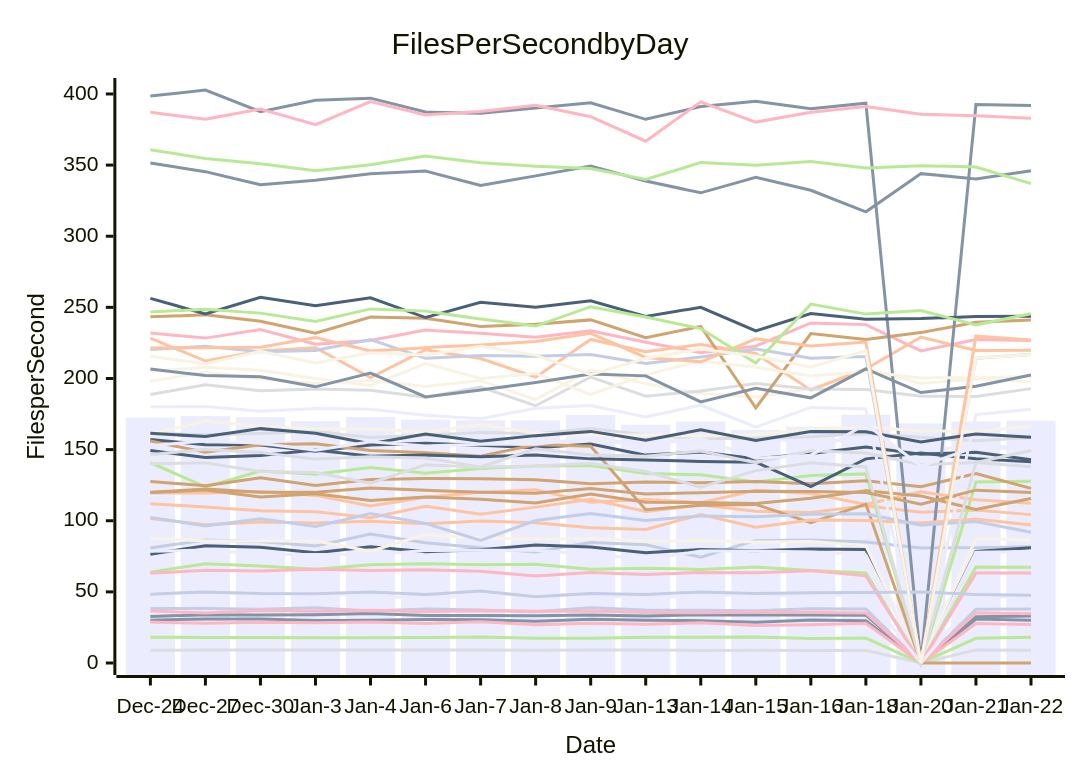
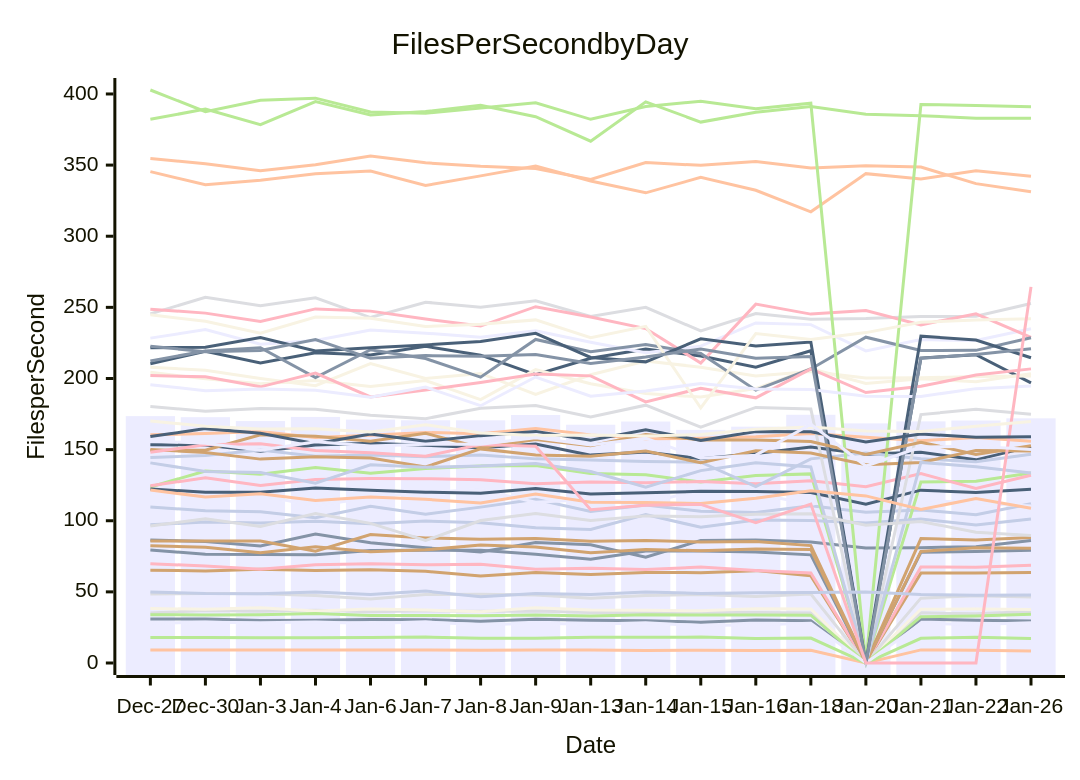
Before and after one commit to streetsidesoftware/cspell: the diagram in perf-report.md, drawn with Mermaid. The commit also changed other lines of this file and 1 other file, not shown here.

````diff
--- a/perf-report.md
+++ b/perf-report.md
@@ -10,57 +10,57 @@
 ```mermaid
 xychart-beta
     title Files Per Second by Day
     y-axis Files per Second
-    x-axis Date [Dec-24, Dec-27, Dec-30, Jan-3, Jan-4, Jan-6, Jan-7, Jan-8, Jan-9, Jan-13, Jan-14, Jan-15, Jan-16, Jan-18, Jan-20, Jan-21, Jan-22]
-    bar [172.48, 173.54, 172.79, 170.07, 172.98, 171.06, 170.63, 170.60, 174.36, 167.48, 169.75, 163.88, 166.13, 174.50, 168.43, 169.86, 170.44]
-    line [30.04, 30.99, 30.88, 29.79, 30.12, 30.58, 30.44, 29.43, 30.82, 30.13, 29.74, 28.69, 30.19, 29.74, 0.00, 30.87, 30.00]
-    line [111.88, 109.68, 107.07, 106.25, 102.14, 110.16, 104.65, 109.58, 115.11, 106.48, 111.07, 106.70, 105.83, 110.59, 105.90, 107.50, 104.30]
-    line [8.90, 9.07, 9.12, 9.16, 9.11, 9.12, 9.14, 8.90, 9.21, 9.09, 8.82, 8.93, 8.76, 8.99, 0.00, 9.21, 8.99]
-    line [140.89, 123.76, 134.99, 132.64, 137.41, 133.47, 136.71, 138.45, 138.88, 133.26, 132.31, 127.23, 131.76, 132.93, 0.00, 127.27, 127.81]
-    line [127.54, 124.61, 130.19, 124.72, 128.97, 129.63, 129.57, 128.75, 125.98, 127.26, 126.67, 127.57, 126.01, 128.09, 123.93, 133.11, 122.76]
-    line [80.81, 86.47, 85.34, 82.22, 90.61, 84.54, 80.98, 78.06, 84.72, 83.13, 74.36, 86.16, 86.38, 84.98, 80.87, 81.08, 81.74]
-    line [231.90, 228.38, 234.40, 224.05, 226.75, 234.01, 231.87, 229.00, 233.60, 225.53, 218.14, 222.73, 239.07, 237.86, 219.38, 227.33, 226.70]
-    line [76.44, 82.43, 81.41, 77.52, 81.68, 78.20, 79.53, 83.01, 81.62, 77.54, 79.76, 78.94, 80.05, 79.79, 0.00, 78.41, 81.03]
-    line [198.12, 204.40, 199.78, 196.30, 198.61, 194.45, 198.60, 185.12, 206.27, 196.30, 189.40, 186.97, 192.92, 206.92, 196.43, 199.84, 197.78]
-    line [158.26, 149.38, 149.63, 160.44, 159.38, 155.94, 161.49, 151.30, 157.09, 152.68, 160.69, 156.79, 156.81, 155.73, 146.52, 155.23, 146.60]
-    line [32.69, 33.95, 33.78, 33.96, 34.86, 33.41, 33.47, 33.19, 33.82, 33.01, 34.00, 33.70, 33.67, 33.62, 0.00, 32.53, 32.97]
-    line [228.39, 212.27, 219.38, 221.60, 200.66, 220.18, 213.99, 200.90, 227.46, 218.81, 223.94, 217.59, 191.78, 206.70, 229.01, 219.68, 219.77]
-    line [188.75, 195.62, 191.45, 192.64, 191.68, 186.85, 193.93, 180.85, 201.04, 187.54, 191.28, 196.46, 192.64, 192.25, 187.45, 187.38, 192.87]
-    line [18.08, 17.97, 17.93, 17.83, 17.83, 17.89, 18.19, 17.48, 17.44, 18.04, 18.04, 18.22, 17.23, 17.55, 0.00, 17.39, 18.17]
-    line [243.32, 244.74, 240.28, 231.82, 243.15, 242.35, 236.52, 238.12, 241.19, 228.64, 236.61, 179.24, 231.58, 227.41, 232.25, 239.53, 241.09]
-    line [38.32, 38.26, 37.85, 38.77, 36.54, 38.02, 37.20, 35.97, 38.77, 37.19, 37.15, 36.65, 38.13, 37.95, 0.00, 37.76, 37.89]
-    line [36.55, 35.09, 36.98, 36.38, 37.08, 36.07, 36.65, 36.34, 36.49, 35.46, 35.24, 35.59, 35.58, 35.07, 0.00, 35.24, 34.68]
-    line [157.19, 153.46, 153.21, 148.91, 153.20, 154.41, 153.05, 151.33, 153.98, 146.13, 148.32, 143.55, 147.19, 151.83, 146.83, 148.17, 142.81]
-    line [87.76, 85.72, 85.81, 85.78, 78.64, 90.27, 87.90, 87.06, 87.60, 85.54, 86.15, 85.12, 85.43, 82.51, 0.00, 87.43, 86.48]
-    line [78.49, 79.44, 76.50, 76.34, 76.08, 79.03, 79.23, 79.24, 76.50, 72.97, 78.65, 78.72, 77.98, 76.03, 0.00, 77.82, 78.41]
-    line [398.52, 402.79, 387.60, 395.60, 397.05, 387.31, 386.47, 390.16, 393.74, 382.18, 391.17, 394.86, 389.55, 393.53, 0.00, 392.61, 391.87]
-    line [119.60, 119.43, 120.64, 117.82, 110.33, 116.53, 120.08, 121.77, 112.94, 114.87, 112.73, 121.37, 119.21, 111.41, 120.28, 114.69, 112.28]
-    line [161.55, 160.38, 161.25, 162.72, 158.59, 160.02, 162.06, 161.10, 164.91, 160.36, 157.59, 157.97, 159.04, 161.40, 158.69, 156.26, 158.43]
-    line [63.78, 69.83, 68.15, 65.99, 69.11, 69.77, 69.09, 69.36, 65.84, 66.66, 65.78, 67.40, 65.04, 63.23, 0.00, 67.48, 67.27]
-    line [155.99, 148.15, 153.37, 154.17, 149.42, 147.86, 145.38, 153.63, 152.37, 107.78, 110.93, 111.50, 98.69, 111.74, 0.00, 0.00, 0.00]
-    line [220.33, 222.69, 218.79, 219.63, 227.40, 214.16, 216.11, 215.58, 216.92, 210.61, 215.07, 220.69, 214.26, 215.48, 0.00, 214.23, 216.83]
-    line [63.01, 65.26, 64.66, 65.89, 65.11, 65.47, 64.47, 61.13, 63.67, 62.15, 63.63, 63.52, 64.93, 61.26, 0.00, 63.19, 63.24]
-    line [149.32, 144.39, 145.93, 149.70, 145.36, 146.19, 145.02, 146.18, 143.49, 142.76, 141.64, 141.15, 123.99, 143.49, 147.59, 143.59, 141.42]
-    line [204.86, 207.97, 205.76, 199.93, 194.96, 210.48, 200.08, 203.53, 188.73, 202.65, 212.27, 207.96, 201.68, 204.97, 200.41, 200.50, 201.35]
-    line [180.06, 180.25, 176.99, 178.92, 178.38, 174.22, 171.75, 179.11, 181.04, 172.87, 181.24, 165.83, 179.67, 178.49, 0.00, 174.64, 178.29]
-    line [351.53, 345.39, 336.17, 339.40, 343.93, 345.83, 335.66, 342.43, 349.42, 338.80, 330.51, 341.37, 332.29, 317.17, 344.00, 340.27, 346.07]
-    line [101.53, 97.16, 99.08, 98.33, 99.60, 97.96, 99.84, 98.62, 95.10, 93.83, 104.36, 95.41, 100.49, 100.17, 98.43, 101.26, 97.05]
-    line [146.50, 150.10, 148.04, 143.32, 145.06, 144.14, 137.83, 150.50, 146.15, 145.30, 149.05, 140.78, 149.26, 147.65, 139.36, 140.95, 149.41]
-    line [360.81, 354.60, 350.95, 345.98, 350.21, 356.35, 351.62, 349.11, 347.65, 339.94, 351.75, 349.84, 352.46, 347.95, 349.61, 348.67, 336.98]
-    line [119.82, 121.66, 116.64, 119.03, 114.16, 116.74, 115.06, 112.51, 118.83, 112.95, 112.89, 112.17, 115.75, 121.13, 117.45, 107.89, 115.63]
-    line [102.33, 96.35, 101.39, 95.92, 105.11, 98.16, 86.10, 100.14, 105.08, 100.22, 103.42, 102.77, 104.55, 104.84, 96.90, 99.42, 91.88]
-    line [28.77, 27.94, 28.71, 28.29, 28.89, 27.76, 28.93, 26.82, 27.98, 27.25, 28.25, 26.29, 26.94, 27.92, 0.00, 27.74, 27.10]
-    line [256.30, 245.45, 257.10, 251.12, 256.72, 242.84, 253.62, 250.11, 254.55, 243.64, 250.04, 233.42, 245.62, 241.64, 242.10, 243.52, 243.78]
-    line [160.97, 170.04, 166.42, 164.47, 164.70, 162.35, 167.49, 161.75, 159.91, 160.33, 159.51, 160.62, 164.27, 165.83, 163.17, 162.82, 166.39]
-    line [49.98, 48.46, 48.82, 48.74, 47.38, 44.97, 48.20, 48.28, 47.88, 45.48, 47.52, 48.15, 46.82, 48.44, 0.00, 45.59, 47.24]
-    line [206.68, 202.06, 201.20, 194.13, 203.79, 186.99, 191.85, 197.16, 203.10, 201.84, 183.49, 193.18, 186.41, 206.76, 190.09, 194.48, 202.39]
-    line [221.39, 221.64, 222.00, 228.77, 219.30, 221.68, 223.62, 226.04, 231.74, 214.77, 211.68, 227.93, 222.84, 225.57, 0.00, 229.76, 226.99]
-    line [140.01, 140.67, 134.58, 133.84, 126.46, 139.31, 137.59, 138.48, 140.31, 134.58, 123.64, 135.23, 140.79, 137.86, 0.00, 141.02, 138.02]
-    line [246.70, 248.73, 245.95, 240.13, 248.92, 247.35, 241.85, 236.85, 250.47, 243.18, 235.07, 210.91, 252.26, 245.25, 247.79, 237.71, 245.48]
-    line [119.98, 122.26, 120.11, 120.07, 122.96, 121.36, 120.04, 119.36, 122.67, 118.82, 119.70, 120.72, 120.60, 119.83, 111.61, 121.49, 119.94]
-    line [48.41, 49.94, 48.88, 48.70, 49.88, 48.16, 50.54, 46.59, 48.81, 48.15, 49.96, 48.86, 49.35, 49.61, 49.98, 48.14, 47.57]
-    line [387.10, 382.18, 389.40, 378.43, 394.66, 385.25, 387.67, 392.05, 384.01, 366.78, 394.48, 380.24, 387.08, 391.19, 385.76, 384.74, 382.99]
-    line [161.47, 159.18, 164.75, 161.43, 154.09, 160.97, 155.89, 159.83, 162.81, 156.59, 163.92, 156.50, 162.70, 162.52, 155.39, 161.05, 158.62]
-    line [215.56, 210.39, 219.17, 210.98, 218.13, 216.47, 222.63, 216.37, 202.60, 214.18, 220.74, 215.80, 207.87, 219.52, 0.00, 214.36, 216.75]
-    line [152.82, 156.10, 154.49, 149.59, 155.51, 152.61, 153.69, 153.81, 158.28, 153.24, 158.05, 143.97, 146.11, 167.84, 138.47, 151.83, 152.31]
+    x-axis Date [Dec-27, Dec-30, Jan-3, Jan-4, Jan-6, Jan-7, Jan-8, Jan-9, Jan-13, Jan-14, Jan-15, Jan-16, Jan-18, Jan-20, Jan-21, Jan-22, Jan-26]
+    bar [173.54, 172.79, 170.07, 172.98, 171.06, 170.63, 170.60, 174.36, 167.48, 169.75, 163.88, 166.13, 174.50, 168.43, 169.86, 170.44, 172.00]
+    line [30.99, 30.88, 29.79, 30.12, 30.58, 30.44, 29.43, 30.82, 30.13, 29.74, 28.69, 30.19, 29.74, 0.00, 30.87, 30.00, 29.53]
+    line [9.07, 9.12, 9.16, 9.11, 9.12, 9.14, 8.90, 9.21, 9.09, 8.82, 8.93, 8.76, 8.99, 0.00, 9.21, 8.99, 8.47]
+    line [35.09, 36.98, 36.38, 37.08, 36.07, 36.65, 36.34, 36.49, 35.46, 35.24, 35.59, 35.58, 35.07, 0.00, 35.24, 34.68, 36.17]
+    line [17.97, 17.93, 17.83, 17.83, 17.89, 18.19, 17.48, 17.44, 18.04, 18.04, 18.22, 17.23, 17.55, 0.00, 17.39, 18.17, 17.19]
+    line [65.26, 64.66, 65.89, 65.11, 65.47, 64.47, 61.13, 63.67, 62.15, 63.63, 63.52, 64.93, 61.26, 0.00, 63.19, 63.24, 63.60]
+    line [109.68, 107.07, 106.25, 102.14, 110.16, 104.65, 109.58, 115.11, 106.48, 111.07, 106.70, 105.83, 110.59, 105.90, 107.50, 104.30, 111.97]
+    line [69.83, 68.15, 65.99, 69.11, 69.77, 69.09, 69.36, 65.84, 66.66, 65.78, 67.40, 65.04, 63.23, 0.00, 67.48, 67.27, 68.63]
+    line [153.46, 153.21, 148.91, 153.20, 154.41, 153.05, 151.33, 153.98, 146.13, 148.32, 143.55, 147.19, 151.83, 146.83, 148.17, 142.81, 152.11]
+    line [38.26, 37.85, 38.77, 36.54, 38.02, 37.20, 35.97, 38.77, 37.19, 37.15, 36.65, 38.13, 37.95, 0.00, 37.76, 37.89, 37.66]
+    line [119.43, 120.64, 117.82, 110.33, 116.53, 120.08, 121.77, 112.94, 114.87, 112.73, 121.37, 119.21, 111.41, 120.28, 114.69, 112.28, 110.39]
+    line [86.47, 85.34, 82.22, 90.61, 84.54, 80.98, 78.06, 84.72, 83.13, 74.36, 86.16, 86.38, 84.98, 80.87, 81.08, 81.74, 86.09]
+    line [345.39, 336.17, 339.40, 343.93, 345.83, 335.66, 342.43, 349.42, 338.80, 330.51, 341.37, 332.29, 317.17, 344.00, 340.27, 346.07, 342.21]
+    line [245.45, 257.10, 251.12, 256.72, 242.84, 253.62, 250.11, 254.55, 243.64, 250.04, 233.42, 245.62, 241.64, 242.10, 243.52, 243.78, 252.72]
+    line [123.76, 134.99, 132.64, 137.41, 133.47, 136.71, 138.45, 138.88, 133.26, 132.31, 127.23, 131.76, 132.93, 0.00, 127.27, 127.81, 133.53]
+    line [85.72, 85.81, 85.78, 78.64, 90.27, 87.90, 87.06, 87.60, 85.54, 86.15, 85.12, 85.43, 82.51, 0.00, 87.43, 86.48, 88.14]
+    line [97.16, 99.08, 98.33, 99.60, 97.96, 99.84, 98.62, 95.10, 93.83, 104.36, 95.41, 100.49, 100.17, 98.43, 101.26, 97.05, 101.18]
+    line [124.61, 130.19, 124.72, 128.97, 129.63, 129.57, 128.75, 125.98, 127.26, 126.67, 127.57, 126.01, 128.09, 123.93, 133.11, 122.76, 131.95]
+    line [210.39, 219.17, 210.98, 218.13, 216.47, 222.63, 216.37, 202.60, 214.18, 220.74, 215.80, 207.87, 219.52, 0.00, 214.36, 216.75, 196.93]
+    line [207.97, 205.76, 199.93, 194.96, 210.48, 200.08, 203.53, 188.73, 202.65, 212.27, 207.96, 201.68, 204.97, 200.41, 200.50, 201.35, 201.74]
+    line [228.38, 234.40, 224.05, 226.75, 234.01, 231.87, 229.00, 233.60, 225.53, 218.14, 222.73, 239.07, 237.86, 219.38, 227.33, 226.70, 234.91]
+    line [79.44, 76.50, 76.34, 76.08, 79.03, 79.23, 79.24, 76.50, 72.97, 78.65, 78.72, 77.98, 76.03, 0.00, 77.82, 78.41, 79.21]
+    line [160.38, 161.25, 162.72, 158.59, 160.02, 162.06, 161.10, 164.91, 160.36, 157.59, 157.97, 159.04, 161.40, 158.69, 156.26, 158.43, 155.87]
+    line [48.46, 48.82, 48.74, 47.38, 44.97, 48.20, 48.28, 47.88, 45.48, 47.52, 48.15, 46.82, 48.44, 0.00, 45.59, 47.24, 46.42]
+    line [33.95, 33.78, 33.96, 34.86, 33.41, 33.47, 33.19, 33.82, 33.01, 34.00, 33.70, 33.67, 33.62, 0.00, 32.53, 32.97, 34.23]
+    line [82.43, 81.41, 77.52, 81.68, 78.20, 79.53, 83.01, 81.62, 77.54, 79.76, 78.94, 80.05, 79.79, 0.00, 78.41, 81.03, 80.71]
+    line [144.39, 145.93, 149.70, 145.36, 146.19, 145.02, 146.18, 143.49, 142.76, 141.64, 141.15, 123.99, 143.49, 147.59, 143.59, 141.42, 146.73]
+    line [248.73, 245.95, 240.13, 248.92, 247.35, 241.85, 236.85, 250.47, 243.18, 235.07, 210.91, 252.26, 245.25, 247.79, 237.71, 245.48, 228.95]
+    line [122.26, 120.11, 120.07, 122.96, 121.36, 120.04, 119.36, 122.67, 118.82, 119.70, 120.72, 120.60, 119.83, 111.61, 121.49, 119.94, 122.09]
+    line [204.40, 199.78, 196.30, 198.61, 194.45, 198.60, 185.12, 206.27, 196.30, 189.40, 186.97, 192.92, 206.92, 196.43, 199.84, 197.78, 203.42]
+    line [27.94, 28.71, 28.29, 28.89, 27.76, 28.93, 26.82, 27.98, 27.25, 28.25, 26.29, 26.94, 27.92, 0.00, 27.74, 27.10, 28.25]
+    line [212.27, 219.38, 221.60, 200.66, 220.18, 213.99, 200.90, 227.46, 218.81, 223.94, 217.59, 191.78, 206.70, 229.01, 219.68, 219.77, 228.60]
+    line [354.60, 350.95, 345.98, 350.21, 356.35, 351.62, 349.11, 347.65, 339.94, 351.75, 349.84, 352.46, 347.95, 349.61, 348.67, 336.98, 331.25]
+    line [180.25, 176.99, 178.92, 178.38, 174.22, 171.75, 179.11, 181.04, 172.87, 181.24, 165.83, 179.67, 178.49, 0.00, 174.64, 178.29, 174.83]
+    line [402.79, 387.60, 395.60, 397.05, 387.31, 386.47, 390.16, 393.74, 382.18, 391.17, 394.86, 389.55, 393.53, 0.00, 392.61, 391.87, 391.06]
+    line [150.10, 148.04, 143.32, 145.06, 144.14, 137.83, 150.50, 146.15, 145.30, 149.05, 140.78, 149.26, 147.65, 139.36, 140.95, 149.41, 148.99]
+    line [140.67, 134.58, 133.84, 126.46, 139.31, 137.59, 138.48, 140.31, 134.58, 123.64, 135.23, 140.79, 137.86, 0.00, 141.02, 138.02, 133.59]
+    line [202.06, 201.20, 194.13, 203.79, 186.99, 191.85, 197.16, 203.10, 201.84, 183.49, 193.18, 186.41, 206.76, 190.09, 194.48, 202.39, 206.75]
+    line [221.64, 222.00, 228.77, 219.30, 221.68, 223.62, 226.04, 231.74, 214.77, 211.68, 227.93, 222.84, 225.57, 0.00, 229.76, 226.99, 214.61]
+    line [244.74, 240.28, 231.82, 243.15, 242.35, 236.52, 238.12, 241.19, 228.64, 236.61, 179.24, 231.58, 227.41, 232.25, 239.53, 241.09, 242.05]
+    line [195.62, 191.45, 192.64, 191.68, 186.85, 193.93, 180.85, 201.04, 187.54, 191.28, 196.46, 192.64, 192.25, 187.45, 187.38, 192.87, 194.76]
+    line [222.69, 218.79, 219.63, 227.40, 214.16, 216.11, 215.58, 216.92, 210.61, 215.07, 220.69, 214.26, 215.48, 0.00, 214.23, 216.83, 220.95]
+    line [121.66, 116.64, 119.03, 114.16, 116.74, 115.06, 112.51, 118.83, 112.95, 112.89, 112.17, 115.75, 121.13, 117.45, 107.89, 115.63, 108.71]
+    line [96.35, 101.39, 95.92, 105.11, 98.16, 86.10, 100.14, 105.08, 100.22, 103.42, 102.77, 104.55, 104.84, 96.90, 99.42, 91.88, 89.66]
+    line [382.18, 389.40, 378.43, 394.66, 385.25, 387.67, 392.05, 384.01, 366.78, 394.48, 380.24, 387.08, 391.19, 385.76, 384.74, 382.99, 382.91]
+    line [149.38, 149.63, 160.44, 159.38, 155.94, 161.49, 151.30, 157.09, 152.68, 160.69, 156.79, 156.81, 155.73, 146.52, 155.23, 146.60, 152.74]
+    line [49.94, 48.88, 48.70, 49.88, 48.16, 50.54, 46.59, 48.81, 48.15, 49.96, 48.86, 49.35, 49.61, 49.98, 48.14, 47.57, 47.80]
+    line [148.15, 153.37, 154.17, 149.42, 147.86, 145.38, 153.63, 152.37, 107.78, 110.93, 111.50, 98.69, 111.74, 0.00, 0.00, 0.00, 264.38]
+    line [159.18, 164.75, 161.43, 154.09, 160.97, 155.89, 159.83, 162.81, 156.59, 163.92, 156.50, 162.70, 162.52, 155.39, 161.05, 158.62, 159.11]
+    line [170.04, 166.42, 164.47, 164.70, 162.35, 167.49, 161.75, 159.91, 160.33, 159.51, 160.62, 164.27, 165.83, 163.17, 162.82, 166.39, 169.78]
+    line [156.10, 154.49, 149.59, 155.51, 152.61, 153.69, 153.81, 158.28, 153.24, 158.05, 143.97, 146.11, 167.84, 138.47, 151.83, 152.31, 150.13]
 ```
````
